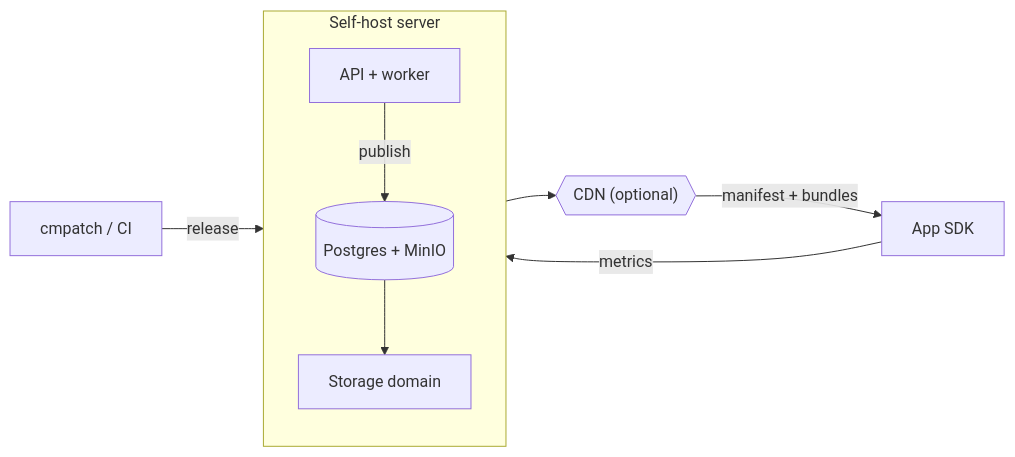
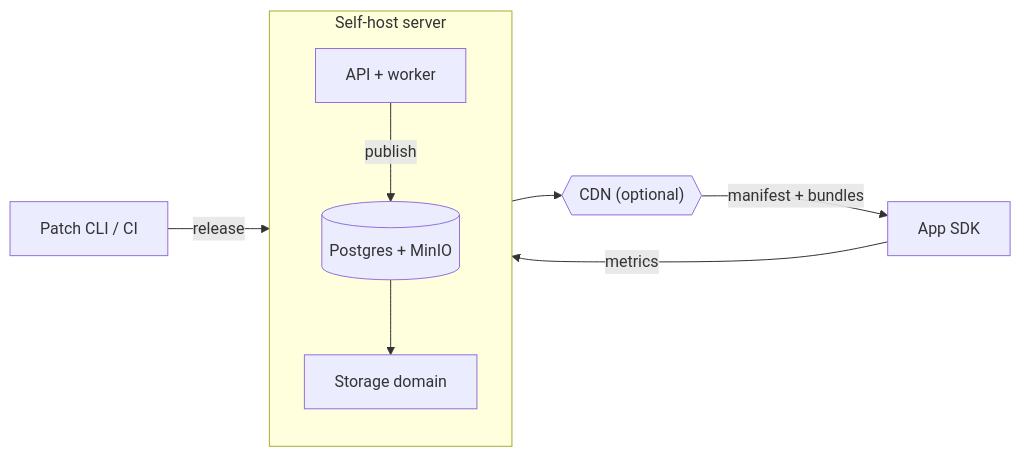
One commit to codemagic-ci-cd/codemagic-patch changed the diagram in docs-site/docs/introduction/how-it-works.mdx. Above: the diagram before and after it, drawn with Mermaid. The commit also changed other lines of this file and 436 other files, not shown here.

````diff
--- a/docs-site/docs/introduction/how-it-works.mdx
+++ b/docs-site/docs/introduction/how-it-works.mdx
@@ -11,18 +14,18 @@
 ```mermaid
 flowchart LR
-  cli["cmpatch / CI"] -->|release| api
+  cli["Patch CLI / CI"] -->|release| api
 
   subgraph host["Self-host server"]
     direction TB
     api["API + worker"]
     store[("Postgres + MinIO")]
     edge["Storage domain"]
     api -->|publish| store --> edge
   end
 
   cdn{{"CDN (optional)"}}
   sdk["App SDK"]
 
   edge --> cdn -->|manifest + bundles| sdk
   sdk -->|metrics| api
 ```
````
